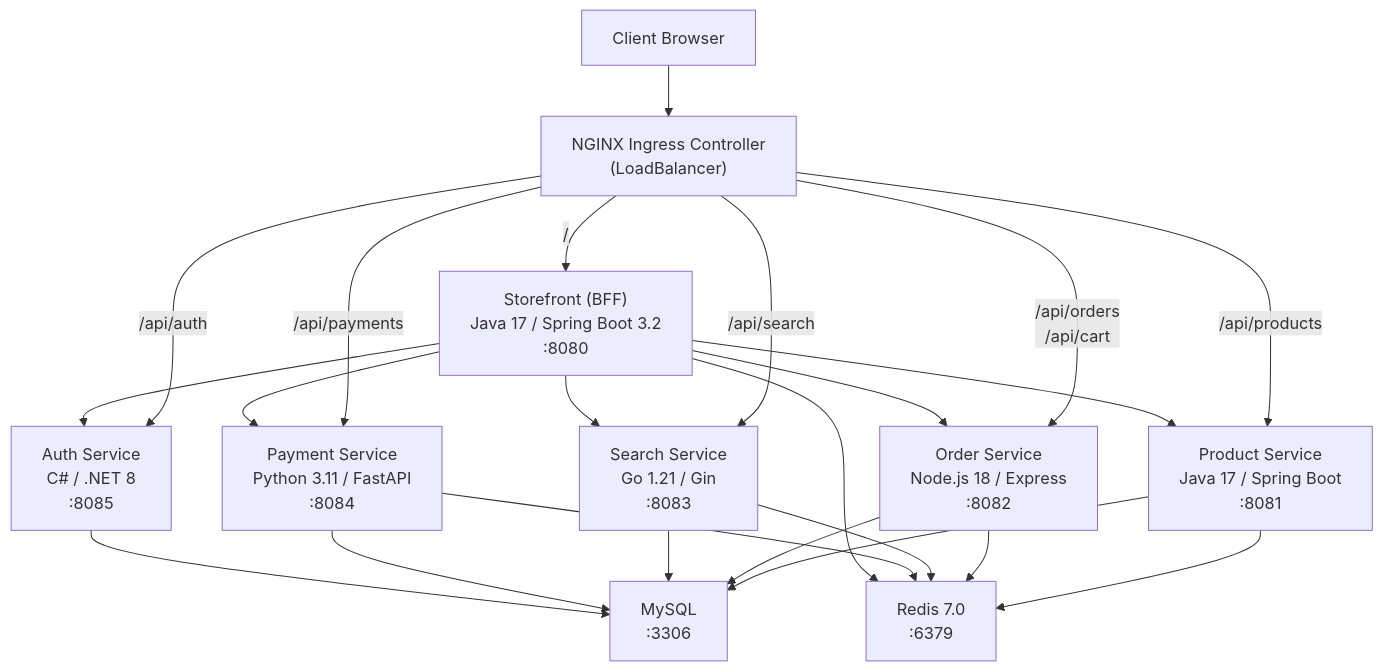
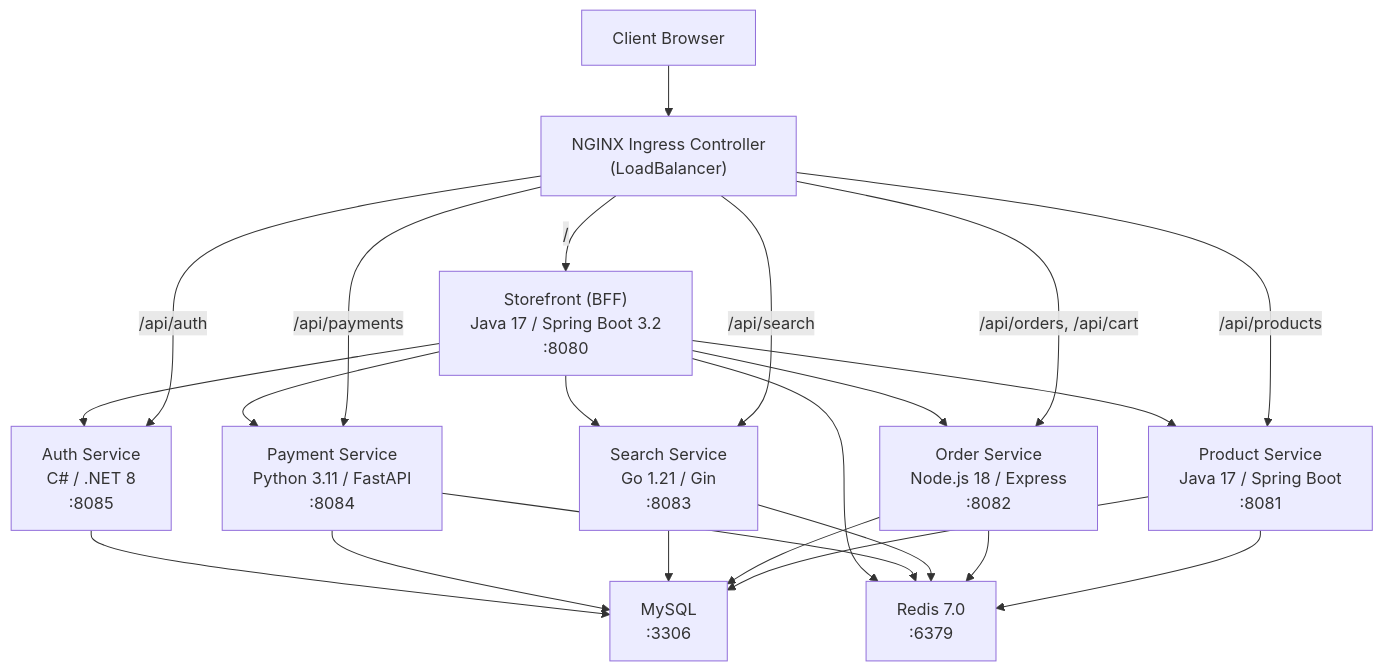
One commit to site24x7/demo-apps changed the second of 2 diagrams in Terraform Deployment/README.md. Above: the diagram before and after it, drawn with Mermaid. The commit also changed other lines of this file, not shown here.

Commit message:
read me update

````diff
--- a/Terraform Deployment/README.md
+++ b/Terraform Deployment/README.md
@@ -39,15 +39,15 @@
 ```mermaid
 graph TD
     Client["Client Browser"] --> Ingress["NGINX Ingress Controller<br/>(LoadBalancer)"]
     Ingress -->|"/"| SF["Storefront (BFF)<br/>Java 17 / Spring Boot 3.2<br/>:8080"]
     Ingress -->|"/api/products"| PS["Product Service<br/>Java 17 / Spring Boot<br/>:8081"]
-    Ingress -->|"/api/orders<br/>/api/cart"| OS["Order Service<br/>Node.js 18 / Express<br/>:8082"]
+    Ingress -->|"/api/orders, /api/cart"| OS["Order Service<br/>Node.js 18 / Express<br/>:8082"]
     Ingress -->|"/api/search"| SS["Search Service<br/>Go 1.21 / Gin<br/>:8083"]
     Ingress -->|"/api/payments"| Pay["Payment Service<br/>Python 3.11 / FastAPI<br/>:8084"]
     Ingress -->|"/api/auth"| Auth["Auth Service<br/>C# / .NET 8<br/>:8085"]
 
     SF --> PS & OS & SS & Pay & Auth
 
     PS & OS & SS & Pay & Auth --> MySQL["MySQL<br/>:3306"]
     PS & OS & SS & Pay & SF --> Redis["Redis 7.0<br/>:6379"]
 ```
````
